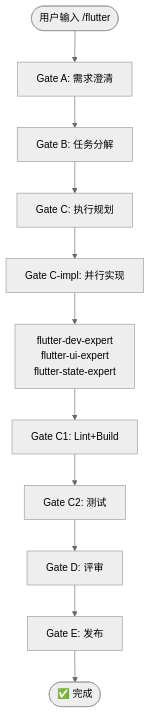
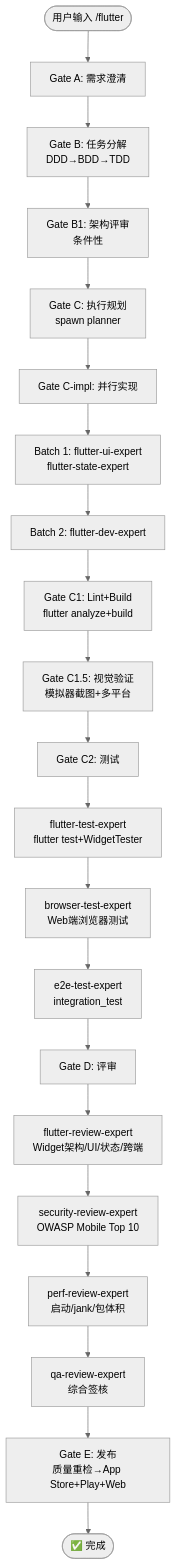
The diagram in docs/flows/flutter.md (Wjl1224734792/Jarvis-Agent-Factory), drawn with Mermaid (neutral theme) before and after one commit. The commit also changed 6 other files, not shown here.

First line of the commit message:
docs: 更新移动端/跨端流程图为完整12门序列

````diff
--- a/docs/flows/flutter.md
+++ b/docs/flows/flutter.md
@@ -3,13 +3,23 @@
 ```mermaid
 flowchart TD
     START([用户输入 /flutter]) --> A[Gate A: 需求澄清]
-    A --> B[Gate B: 任务分解]
-    B --> C[Gate C: 执行规划]
+    A --> B[Gate B: 任务分解<br/>DDD→BDD→TDD]
+    B --> B1[Gate B1: 架构评审<br/>条件性]
+    B1 --> C[Gate C: 执行规划<br/>spawn planner]
     C --> CI[Gate C-impl: 并行实现]
-    CI --> CI1[flutter-dev-expert<br/>flutter-ui-expert<br/>flutter-state-expert]
-    CI1 --> C1[Gate C1: Lint+Build]
-    C1 --> C2[Gate C2: 测试]
-    C2 --> D[Gate D: 评审]
-    D --> E[Gate E: 发布]
+    CI --> CI1[Batch 1: flutter-ui-expert<br/>flutter-state-expert]
+    CI1 --> CI2[Batch 2: flutter-dev-expert]
+    CI2 --> C1[Gate C1: Lint+Build<br/>flutter analyze+build]
+    C1 --> C15[Gate C1.5: 视觉验证<br/>模拟器截图+多平台]
+    C15 --> C2[Gate C2: 测试]
+    C2 --> C2A[flutter-test-expert<br/>flutter test+WidgetTester]
+    C2A --> C2B[browser-test-expert<br/>Web端浏览器测试]
+    C2B --> C2C[e2e-test-expert<br/>integration_test]
+    C2C --> D[Gate D: 评审]
+    D --> D1[flutter-review-expert<br/>Widget架构/UI/状态/跨端]
+    D1 --> D2[security-review-expert<br/>OWASP Mobile Top 10]
+    D2 --> D3[perf-review-expert<br/>启动/jank/包体积]
+    D3 --> D4[qa-review-expert<br/>综合签核]
+    D4 --> E[Gate E: 发布<br/>质量重检→App Store+Play+Web]
     E --> DONE([✅ 完成])
 ```
````
